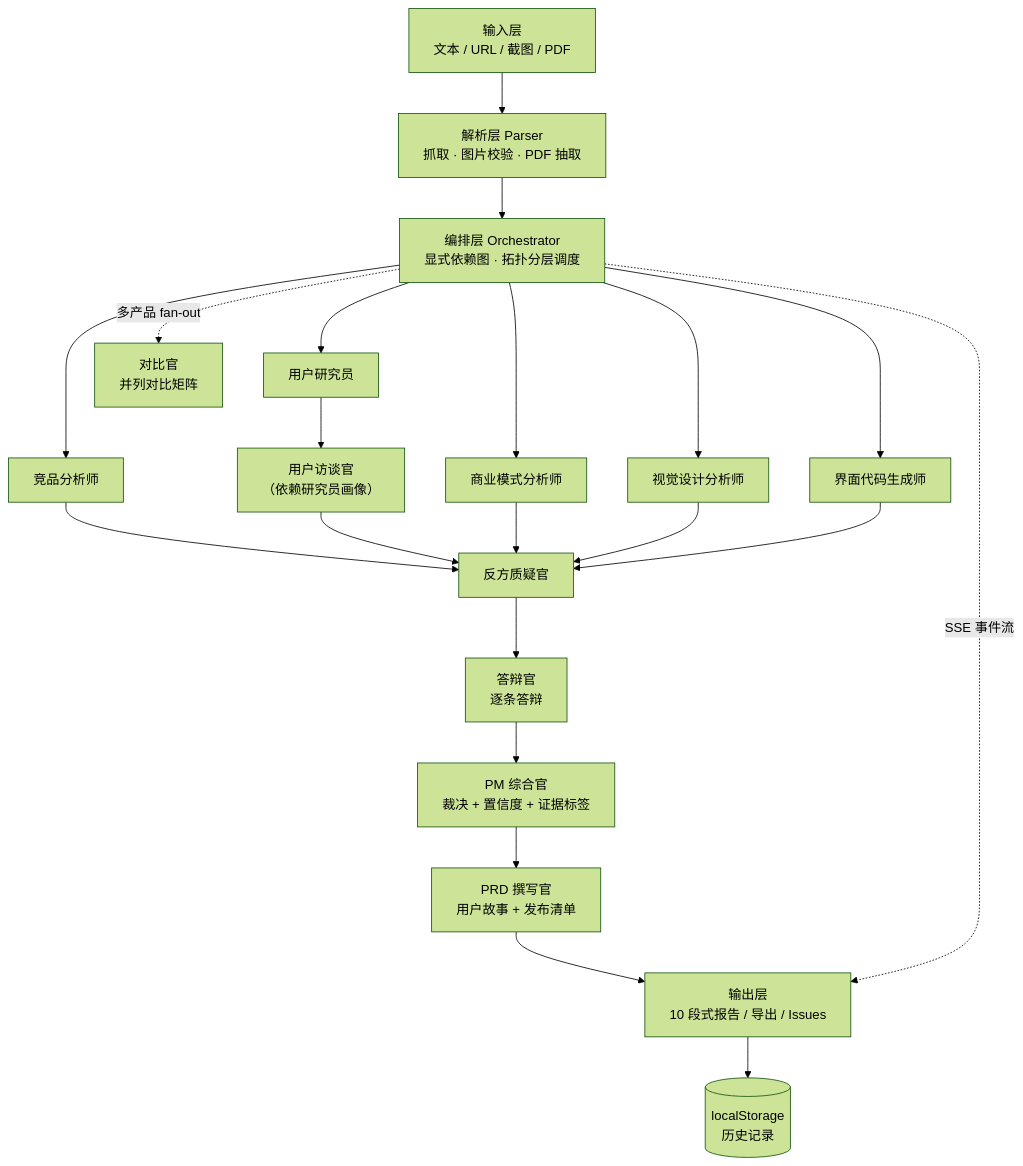
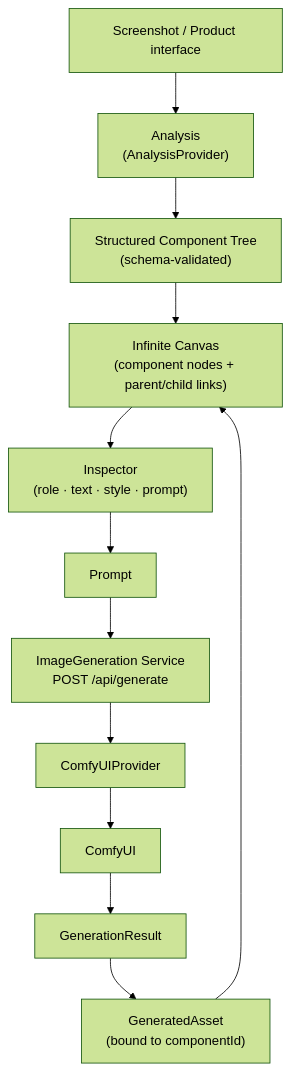
The first of 2 diagrams in README.md (parzival-ftk/key-ai-teardown), drawn with Mermaid (forest theme) before and after one commit. The commit also changed other lines of this file and 5 other files, not shown here.

````diff
--- a/README.md
+++ b/README.md
@@ -78,23 +32,14 @@
 ```mermaid
 flowchart TD
-  A["输入层<br/>文本 / URL / 截图 / PDF"] --> B["解析层 Parser<br/>抓取 · 图片校验 · PDF 抽取"]
-  B --> C["编排层 Orchestrator<br/>显式依赖图 · 拓扑分层调度"]
-  C --> D1["竞品分析师"]
-  C --> D2["用户研究员"]
-  C --> D3["商业模式分析师"]
-  C --> D4["视觉设计分析师"]
-  C --> D5["界面代码生成师"]
-  D2 --> D2b["用户访谈官<br/>（依赖研究员画像）"]
-  D1 --> E["反方质疑官"]
-  D2b --> E
-  D3 --> E
-  D4 --> E
-  D5 --> E
-  E --> E2["答辩官<br/>逐条答辩"]
-  E2 --> F["PM 综合官<br/>裁决 + 置信度 + 证据标签"]
-  F --> G["PRD 撰写官<br/>用户故事 + 发布清单"]
-  G --> H["输出层<br/>10 段式报告 / 导出 / Issues"]
-  C -. "SSE 事件流" .-> H
-  H --> J[("localStorage<br/>历史记录")]
-  C -. "多产品 fan-out" .-> K["对比官<br/>并列对比矩阵"]
+  A["Screenshot / Product interface"] --> B["Analysis<br/>(AnalysisProvider)"]
+  B --> C["Structured Component Tree<br/>(schema-validated)"]
+  C --> D["Infinite Canvas<br/>(component nodes + parent/child links)"]
+  D --> E["Inspector<br/>(role · text · style · prompt)"]
+  E --> F["Prompt"]
+  F --> G["ImageGeneration Service<br/>POST /api/generate"]
+  G --> H["ComfyUIProvider"]
+  H --> I["ComfyUI"]
+  I --> J["GenerationResult"]
+  J --> K["GeneratedAsset<br/>(bound to componentId)"]
+  K --> D
 ```
````
